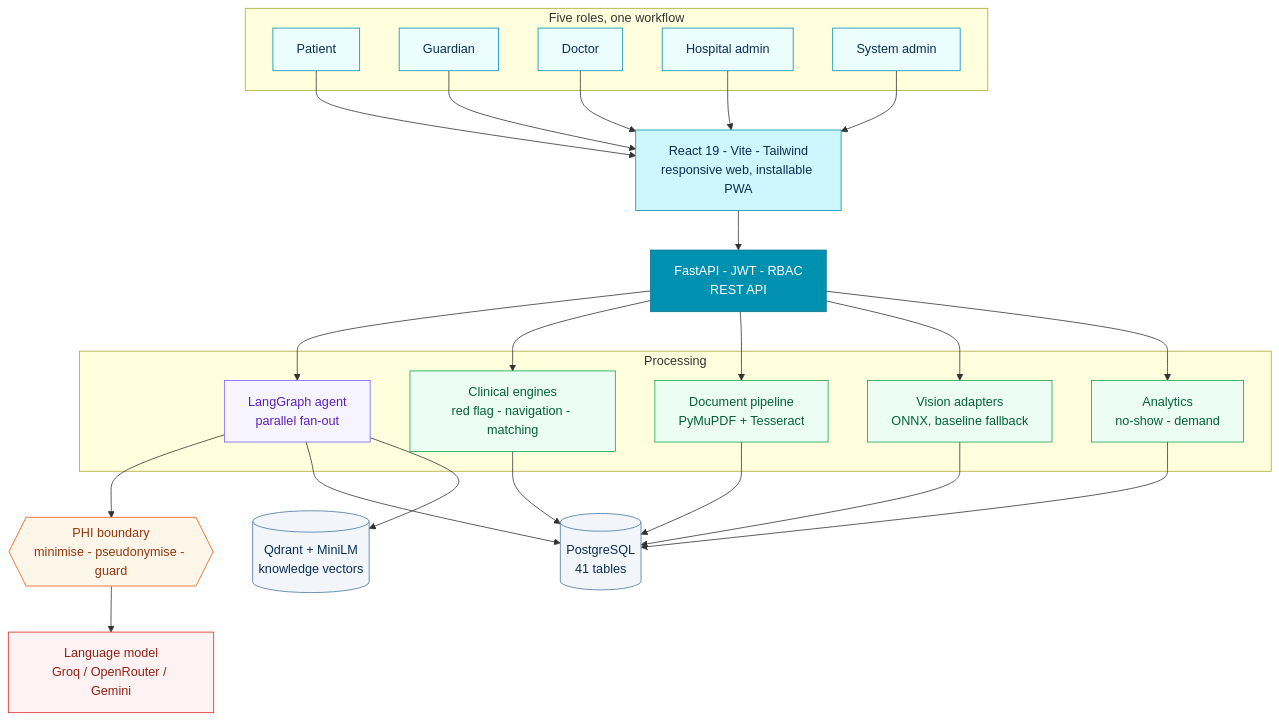
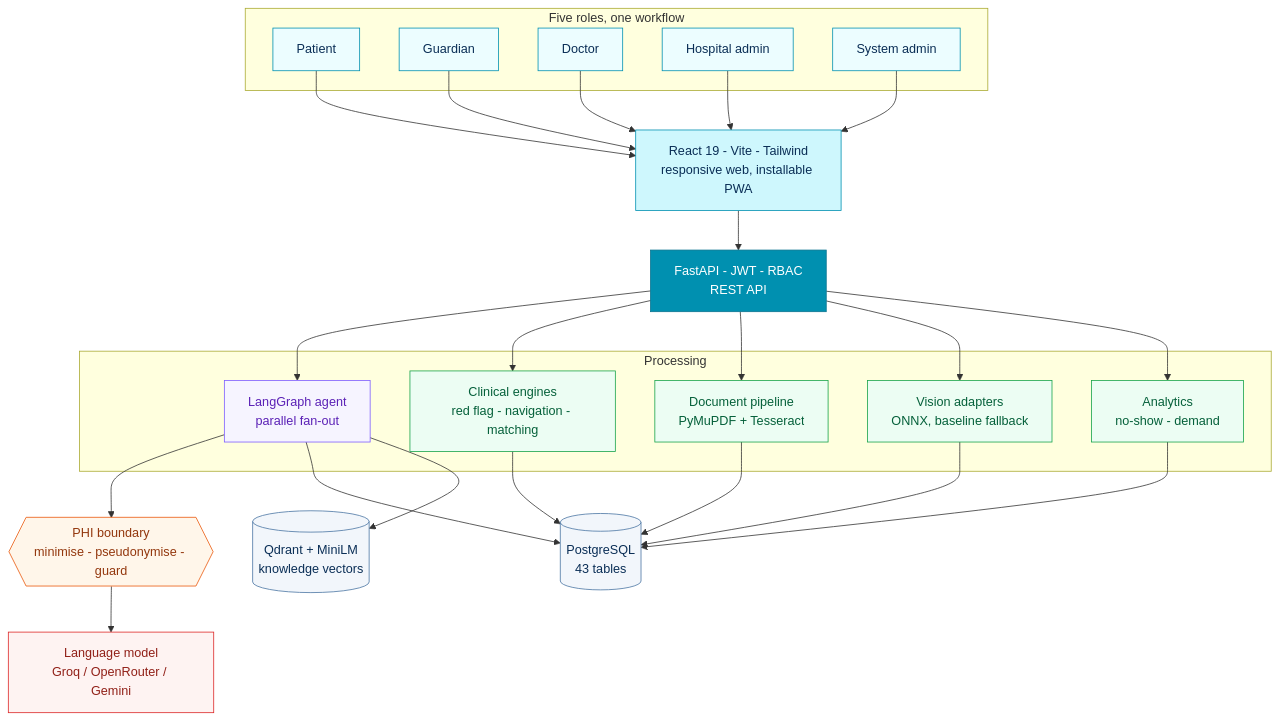
One commit to Pasidu-Mihiranga/SuwaPath changed the second of 5 diagrams in README.md. Above: the diagram before and after it, drawn with Mermaid.

Commit message:
docs: add development log

````diff
--- a/README.md
+++ b/README.md
@@ -189,56 +189,56 @@
 ```mermaid
 flowchart TB
     subgraph clients["Five roles, one workflow"]
         P["Patient"]:::role
         G["Guardian"]:::role
         D["Doctor"]:::role
         H["Hospital admin"]:::role
         S["System admin"]:::role
     end
 
     UI["React 19 - Vite - Tailwind<br/>responsive web, installable PWA"]:::ui
     API["FastAPI - JWT - RBAC<br/>REST API"]:::api
 
     subgraph brains["Processing"]
         AG["LangGraph agent<br/>parallel fan-out"]:::ai
         CE["Clinical engines<br/>red flag - navigation - matching"]:::det
         DOC["Document pipeline<br/>PyMuPDF + Tesseract"]:::det
         CV["Vision adapters<br/>ONNX, baseline fallback"]:::det
         AN["Analytics<br/>no-show - demand"]:::det
     end
 
     PHI{{"PHI boundary<br/>minimise - pseudonymise - guard"}}:::guard
     LLM["Language model<br/>Groq / OpenRouter / Gemini"]:::ext
 
-    PG[("PostgreSQL<br/>41 tables")]:::store
+    PG[("PostgreSQL<br/>43 tables")]:::store
     QD[("Qdrant + MiniLM<br/>knowledge vectors")]:::store
 
     P --> UI
     G --> UI
     D --> UI
     H --> UI
     S --> UI
     UI --> API
     API --> AG
     API --> CE
     API --> DOC
     API --> CV
     API --> AN
     AG --> PHI
     PHI --> LLM
     CE --> PG
     DOC --> PG
     CV --> PG
     AN --> PG
     AG --> PG
     AG --> QD
 
     classDef role fill:#ecfdff,stroke:#0090b0,color:#0a2e56
     classDef ui fill:#cef7fd,stroke:#0090b0,color:#0a2e56
     classDef api fill:#0090b0,stroke:#0a7490,color:#ffffff
     classDef ai fill:#f6f4ff,stroke:#7c5cff,color:#5b21b6
     classDef det fill:#ecfdf3,stroke:#16a34a,color:#05603a
     classDef guard fill:#fff6ea,stroke:#ea580c,color:#93370d
     classDef ext fill:#fef3f2,stroke:#dc2626,color:#912018
     classDef store fill:#f2f6fb,stroke:#4a75a3,color:#0a2e56
 ```
````
